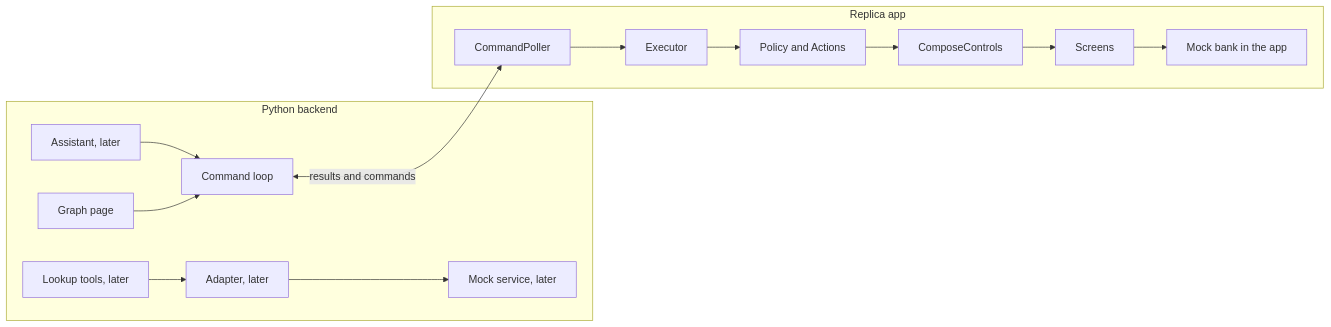
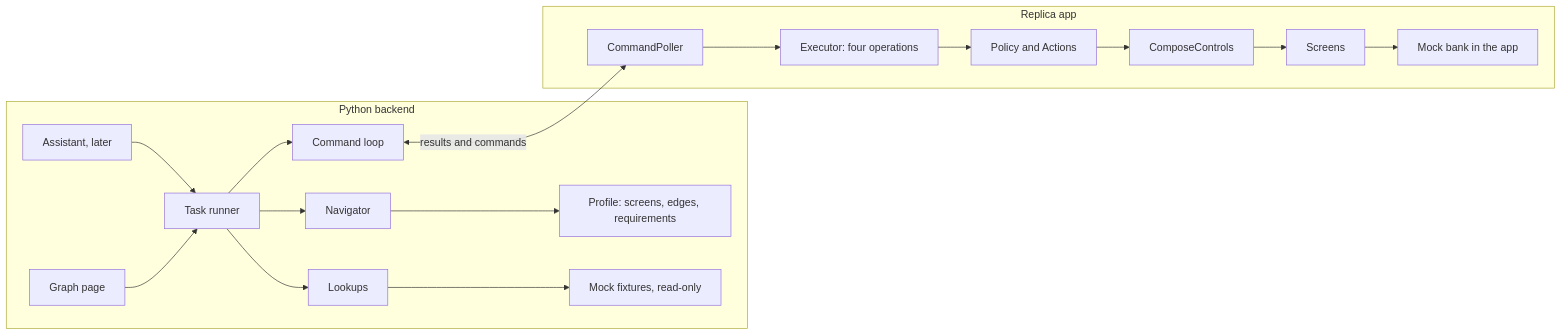
One commit to Hooman1996/RagBot-Assistant changed the diagram in docs/bridge/README.md. Above: the diagram before and after it, drawn with Mermaid. The commit also changed other lines of this file and 75 other files, not shown here.

Commit message:
[S3-03] Dev command loop, Python navigator and interactive graph (#94, D-023) (#130)

````diff
--- a/docs/bridge/README.md
+++ b/docs/bridge/README.md
@@ -11,17 +12,20 @@
 ```mermaid
 flowchart LR
     subgraph backend [Python backend]
-        A[Assistant, later] --> L[Command loop]
-        G[Graph page] --> L
-        T[Lookup tools, later] --> D[Adapter, later]
-        D --> M[Mock service, later]
+        A[Assistant, later] --> R[Task runner]
+        G[Graph page] --> R
+        R --> N[Navigator]
+        N --> F[Profile: screens, edges, requirements]
+        R --> K[Lookups]
+        K --> M[Mock fixtures, read-only]
+        R --> L[Command loop]
     end
     subgraph app [Replica app]
-        P[CommandPoller] --> E[Executor]
+        P[CommandPoller] --> E[Executor: four operations]
         E --> X[Policy and Actions]
         X --> C[ComposeControls]
         C --> S[Screens]
         S --> B[Mock bank in the app]
     end
     L <-->|results and commands| P
 ```
````
